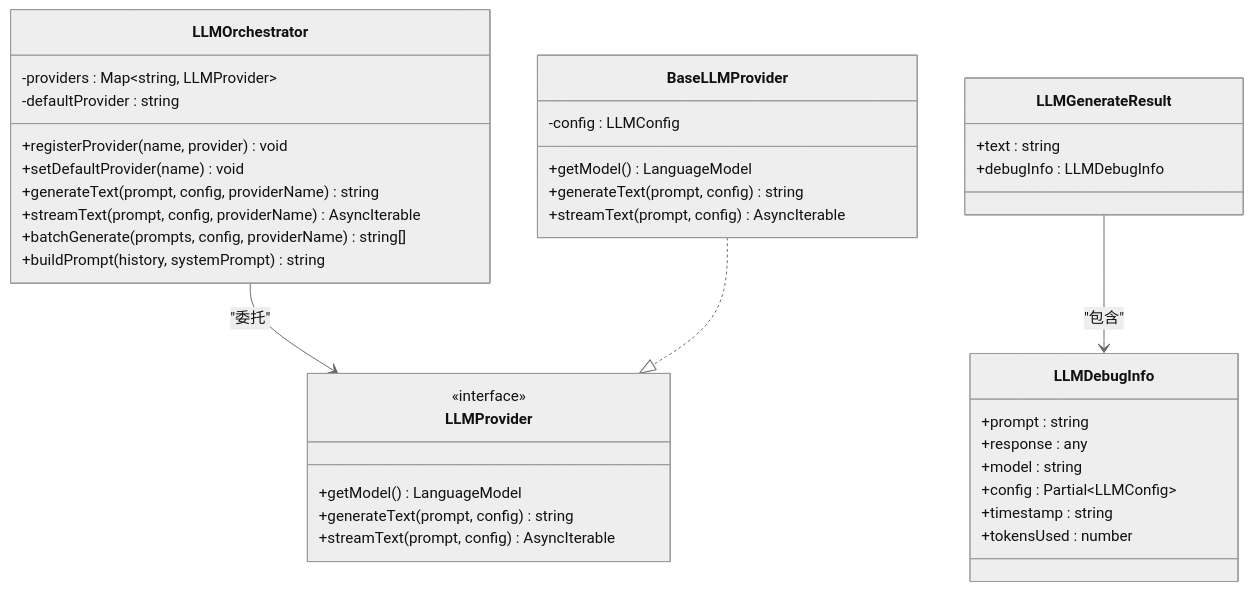
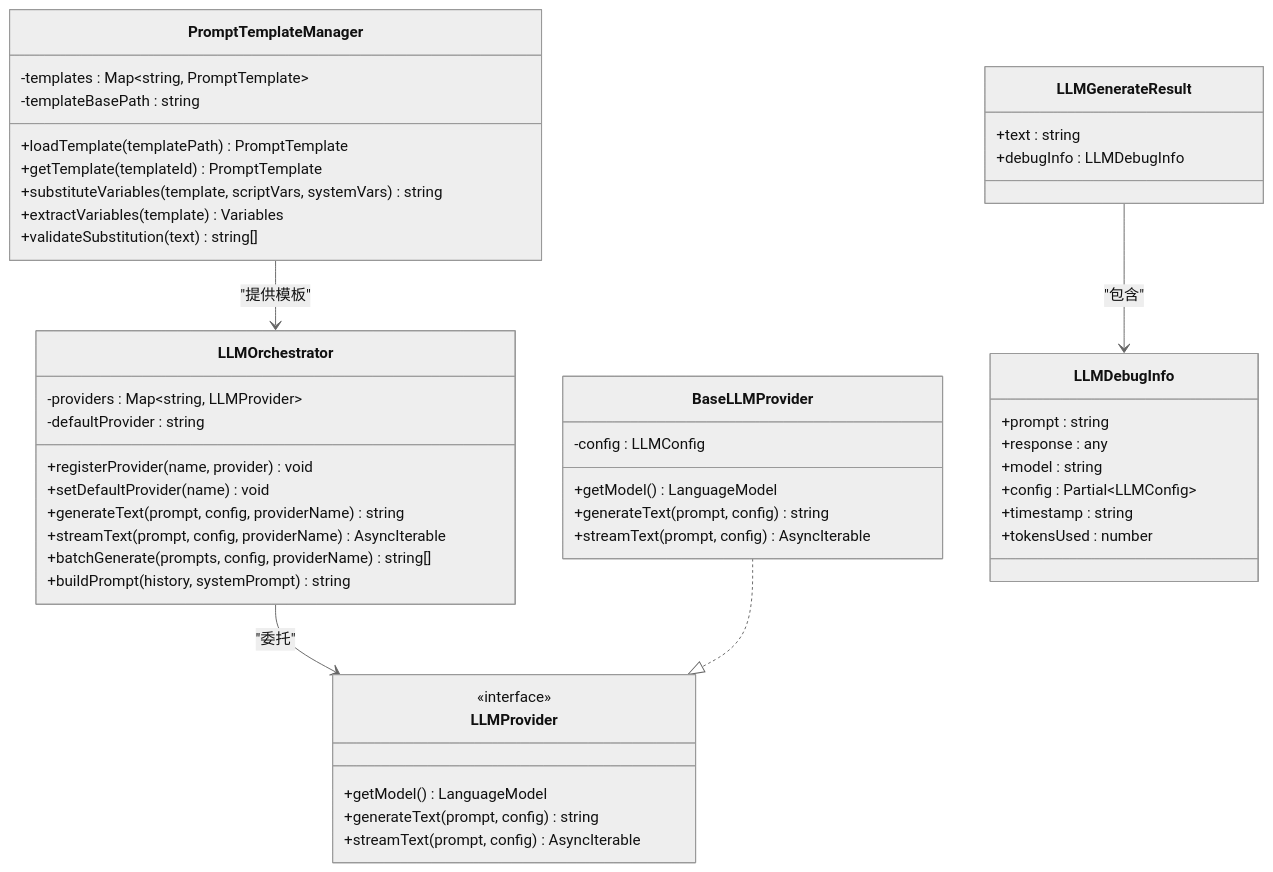
One commit to EverettCamus/HeartRule-Qoder changed the fourth of 8 diagrams in .qoder/repowiki/zh/content/核心引擎系统/核心引擎系统.md. Above: the diagram before and after it, drawn with Mermaid (neutral theme). The commit also changed other lines of this file and 31 other files, not shown here.

````diff
--- a/.qoder/repowiki/zh/content/核心引擎系统/核心引擎系统.md
+++ b/.qoder/repowiki/zh/content/核心引擎系统/核心引擎系统.md
@@ -197,40 +231,50 @@
 ```mermaid
 classDiagram
 class LLMOrchestrator {
 -providers : Map~string, LLMProvider~
 -defaultProvider : string
 +registerProvider(name, provider) void
 +setDefaultProvider(name) void
 +generateText(prompt, config, providerName) string
 +streamText(prompt, config, providerName) AsyncIterable
 +batchGenerate(prompts, config, providerName) string[]
 +buildPrompt(history, systemPrompt) string
 }
 class LLMProvider {
 <<interface>>
 +getModel() LanguageModel
 +generateText(prompt, config) string
 +streamText(prompt, config) AsyncIterable
 }
 class BaseLLMProvider {
 -config : LLMConfig
 +getModel() LanguageModel
 +generateText(prompt, config) string
 +streamText(prompt, config) AsyncIterable
 }
 class LLMDebugInfo {
 +prompt : string
 +response : any
 +model : string
 +config : Partial~LLMConfig~
 +timestamp : string
 +tokensUsed : number
 }
 class LLMGenerateResult {
 +text : string
 +debugInfo : LLMDebugInfo
 }
+class PromptTemplateManager {
+-templates : Map~string, PromptTemplate~
+-templateBasePath : string
++loadTemplate(templatePath) PromptTemplate
++getTemplate(templateId) PromptTemplate
++substituteVariables(template, scriptVars, systemVars) string
++extractVariables(template) Variables
++validateSubstitution(text) string[]
+}
 LLMOrchestrator --> LLMProvider : "委托"
 BaseLLMProvider ..|> LLMProvider
 LLMGenerateResult --> LLMDebugInfo : "包含"
+PromptTemplateManager --> LLMOrchestrator : "提供模板"
 ```
````
